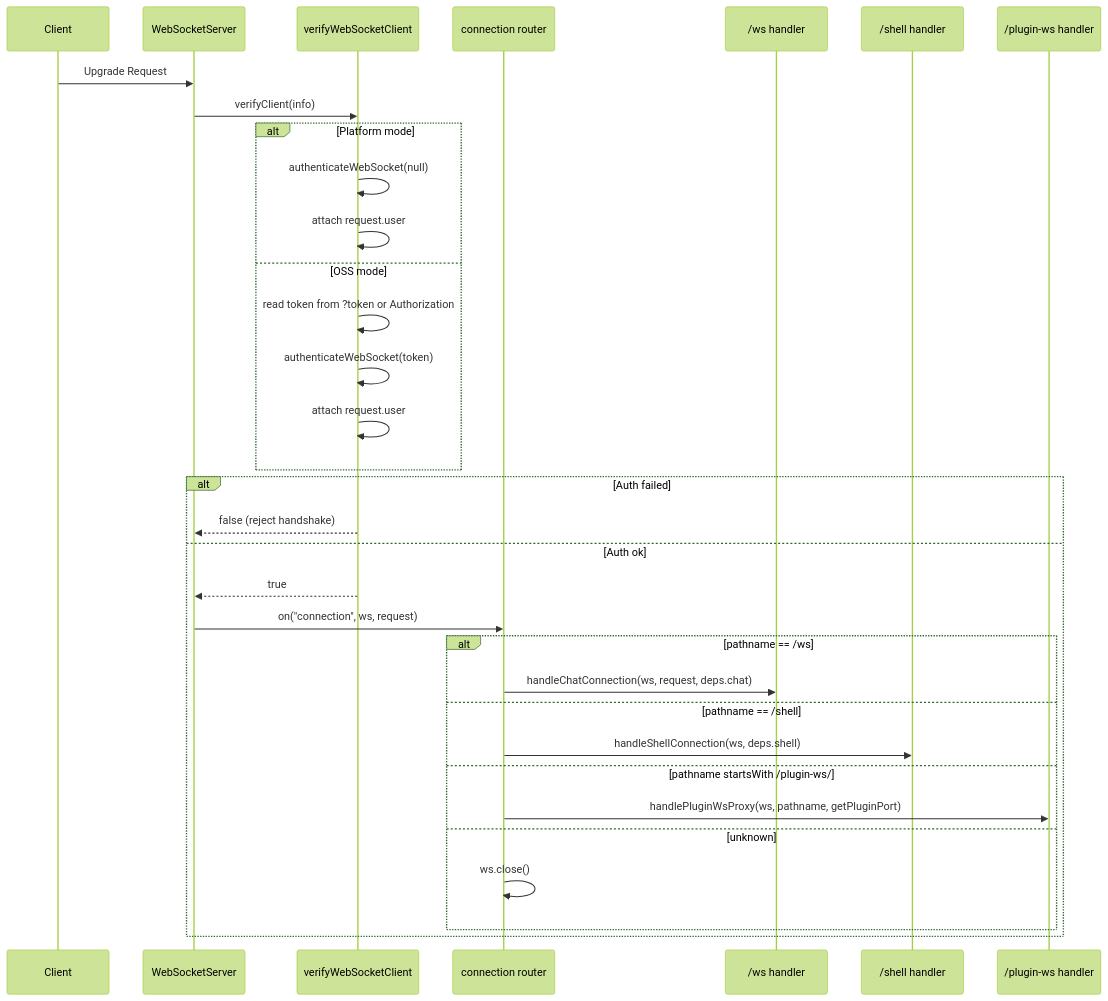
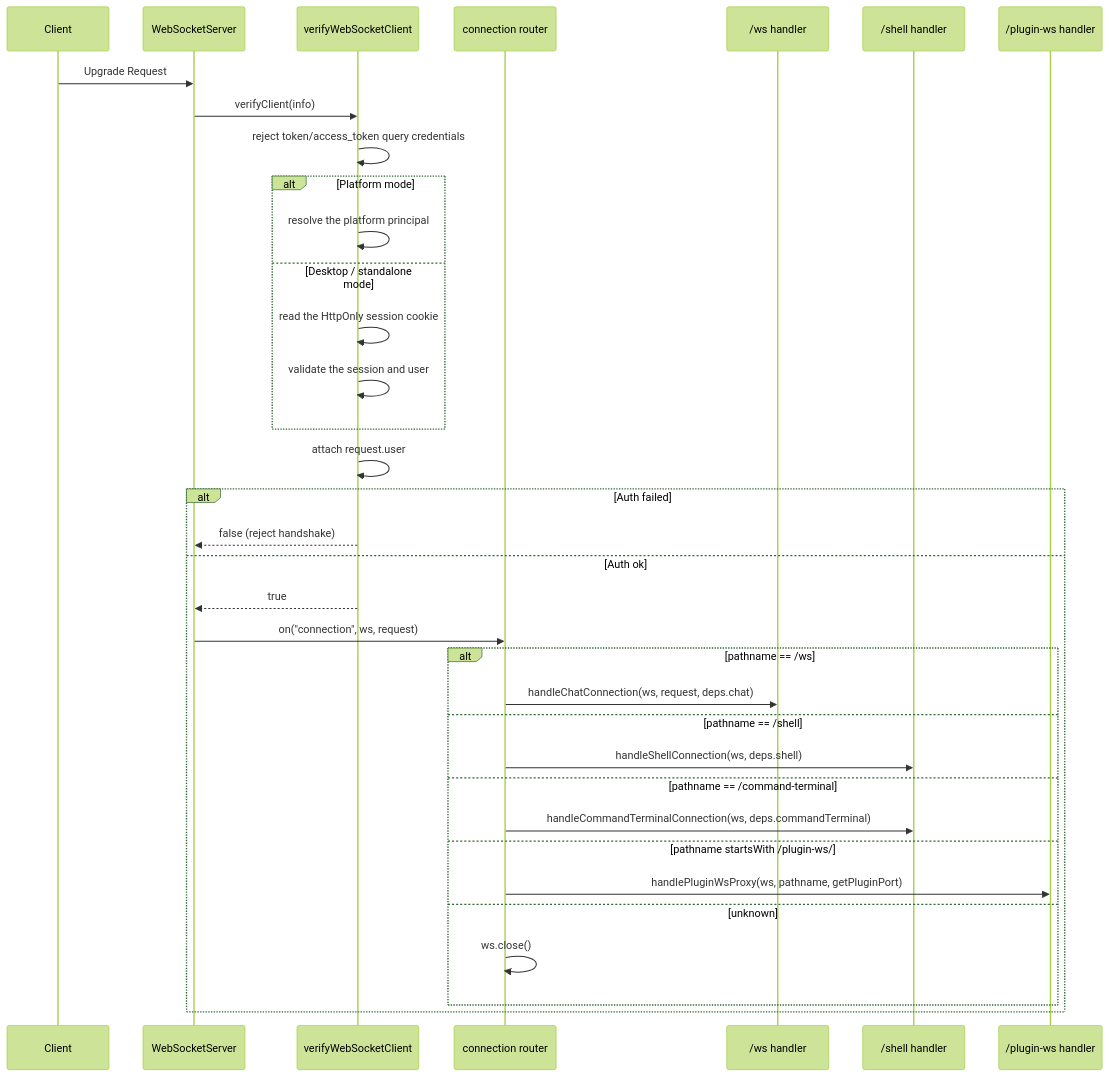
Before and after one commit to MHMK2002/claudecodeui: the second of 5 diagrams in server/modules/websocket/README.md, drawn with Mermaid (forest theme). The commit also changed other lines of this file and 449 other files, not shown here.

````diff
--- a/server/modules/websocket/README.md
+++ b/server/modules/websocket/README.md
@@ -67,37 +71,39 @@
 ```mermaid
 sequenceDiagram
   participant Client
   participant WSS as WebSocketServer
   participant Auth as verifyWebSocketClient
   participant Router as connection router
   participant Chat as /ws handler
   participant Shell as /shell handler
   participant Proxy as /plugin-ws handler
 
   Client->>WSS: Upgrade Request
   WSS->>Auth: verifyClient(info)
+  Auth->>Auth: reject token/access_token query credentials
   alt Platform mode
-    Auth->>Auth: authenticateWebSocket(null)
-    Auth->>Auth: attach request.user
-  else OSS mode
-    Auth->>Auth: read token from ?token or Authorization
-    Auth->>Auth: authenticateWebSocket(token)
-    Auth->>Auth: attach request.user
+    Auth->>Auth: resolve the platform principal
+  else Desktop / standalone mode
+    Auth->>Auth: read the HttpOnly session cookie
+    Auth->>Auth: validate the session and user
   end
+  Auth->>Auth: attach request.user
 
   alt Auth failed
     Auth-->>WSS: false (reject handshake)
   else Auth ok
     Auth-->>WSS: true
     WSS->>Router: on("connection", ws, request)
     alt pathname == /ws
       Router->>Chat: handleChatConnection(ws, request, deps.chat)
     else pathname == /shell
       Router->>Shell: handleShellConnection(ws, deps.shell)
+    else pathname == /command-terminal
+      Router->>Shell: handleCommandTerminalConnection(ws, deps.commandTerminal)
     else pathname startsWith /plugin-ws/
       Router->>Proxy: handlePluginWsProxy(ws, pathname, getPluginPort)
     else unknown
       Router->>Router: ws.close()
     end
   end
 ```
````
